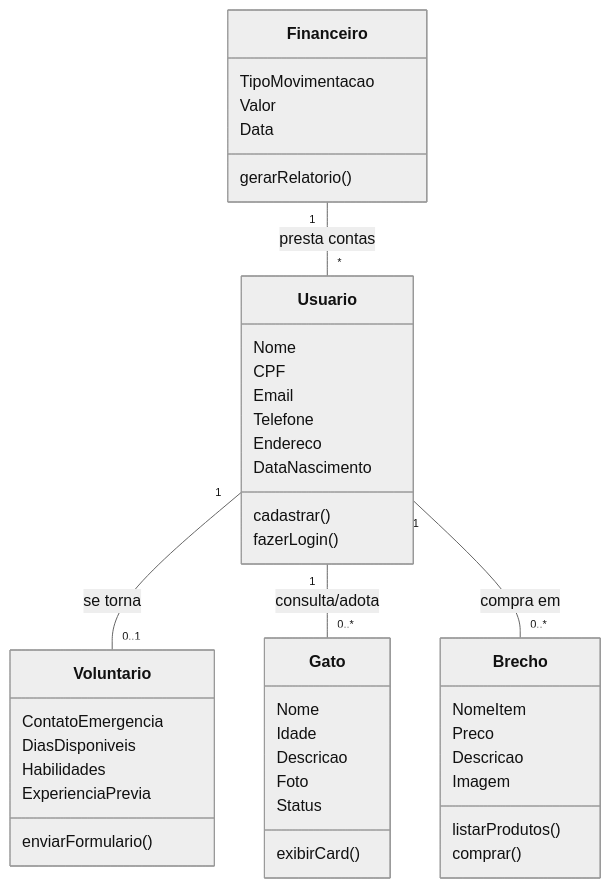
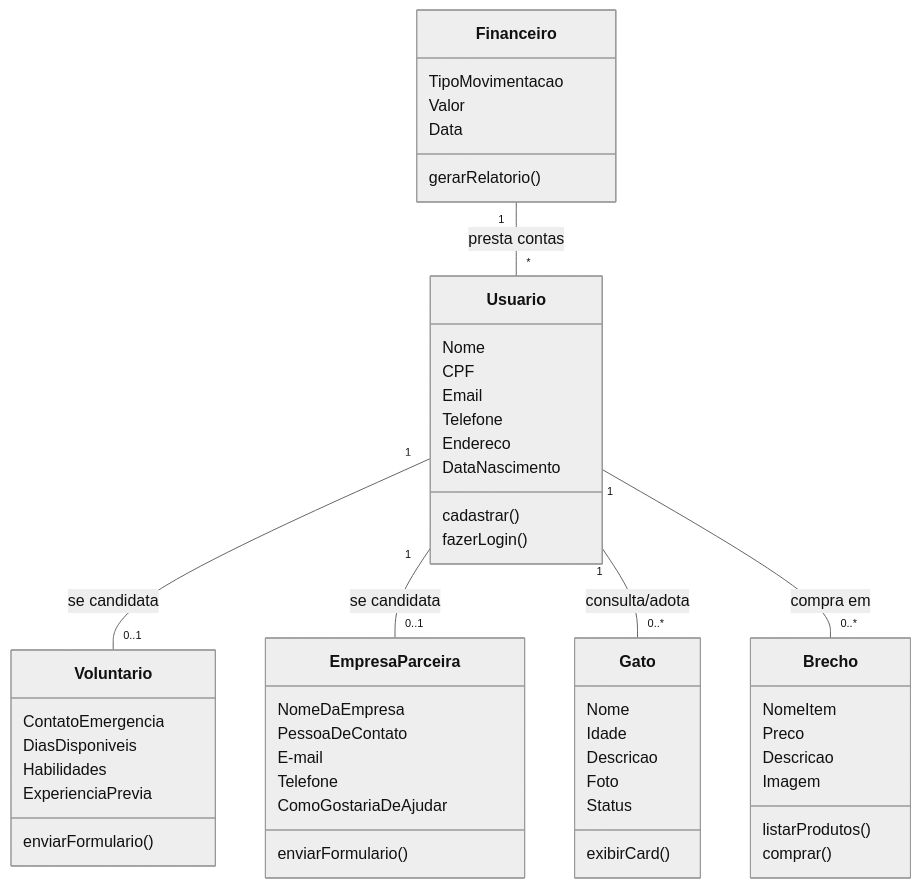
Diagram 12 of 12 in README.md (ligiaoliveira/Casa-dos-Gatos), drawn with Mermaid (neutral theme) before and after one commit. The commit also changed other lines of this file, not shown here.

````diff
--- a/README.md
+++ b/README.md
@@ -511,51 +523,61 @@
 ```mermaid 
 classDiagram
     class Usuario {
         Nome
         CPF
         Email
         Telefone
         Endereco
         DataNascimento
         cadastrar()
         fazerLogin()
     }
 
     class Voluntario {
         ContatoEmergencia
         DiasDisponiveis
         Habilidades
         ExperienciaPrevia
+        enviarFormulario()
+    }
+
+    class Empresa Parceira {
+        NomeDaEmpresa
+        PessoaDeContato
+        E-mail
+        Telefone
+        ComoGostariaDeAjudar
         enviarFormulario()
     }
 
     class Gato {
         Nome
         Idade
         Descricao
         Foto
         Status
         exibirCard()
     }
 
     class Brecho {
         NomeItem
         Preco
         Descricao
         Imagem
         listarProdutos()
         comprar()
     }
 
     class Financeiro {
         TipoMovimentacao
         Valor
         Data
         gerarRelatorio()
     }
 
-    Usuario "1" -- "0..1" Voluntario : se torna
+    Usuario "1" -- "0..1" Voluntario : se candidata
+    Usuario "1" -- "0..1" Empresa Parceira : se candidata
     Usuario "1" -- "0..*" Gato : consulta/adota
     Usuario "1" -- "0..*" Brecho : compra em
     Financeiro "1" -- "*" Usuario : presta contas
 ```
````
